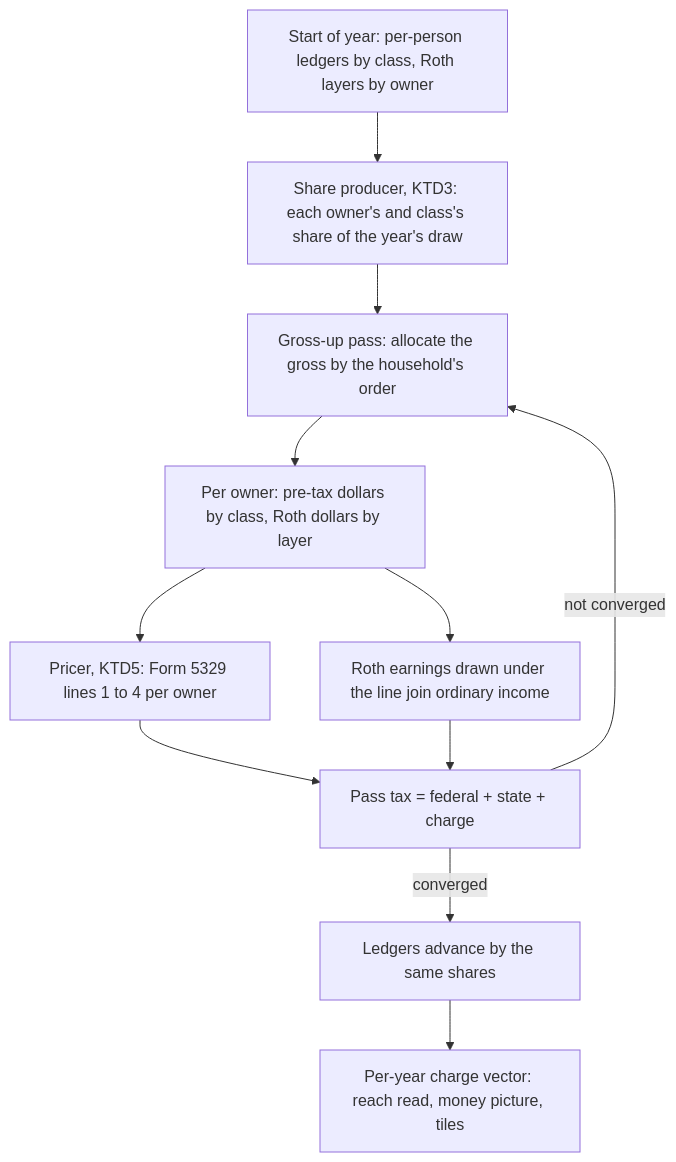
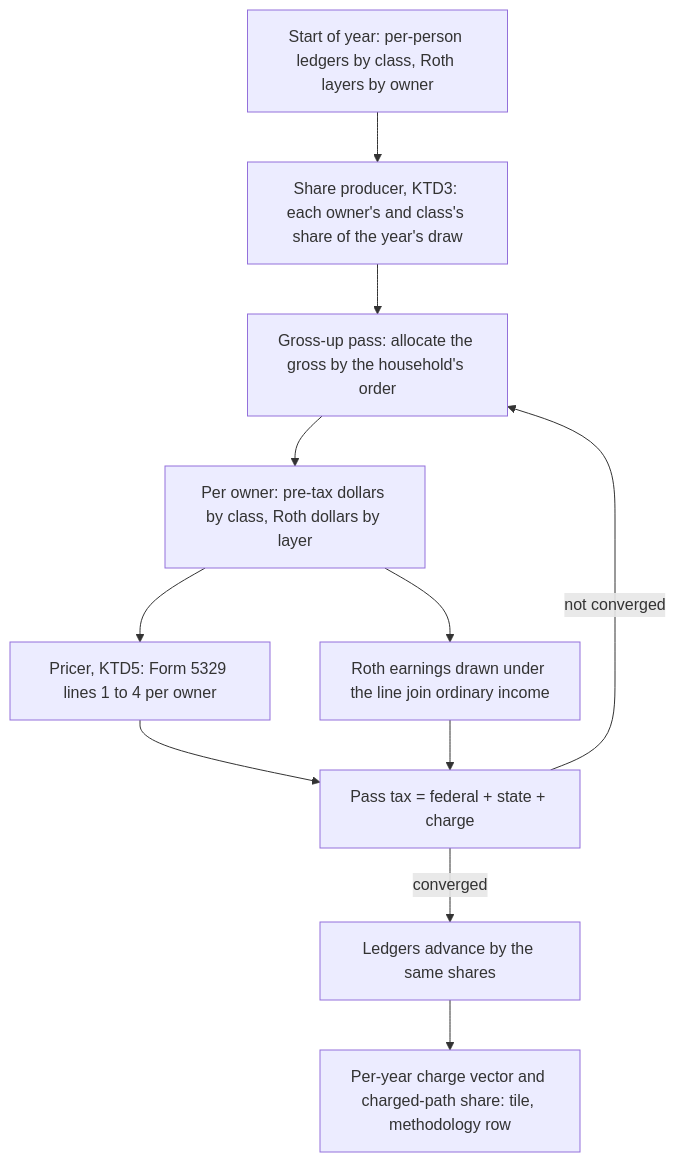
The diagram in projects/the-back-nine/docs/plans/features/early-withdrawal-charge-build-spec.md (mbriggsy/ai-learning-journey), drawn with Mermaid before and after one commit. The commit also changed other lines of this file, not shown here.

````diff
--- a/projects/the-back-nine/docs/plans/features/early-withdrawal-charge-build-spec.md
+++ b/projects/the-back-nine/docs/plans/features/early-withdrawal-charge-build-spec.md
@@ -156,13 +158,13 @@
 ```mermaid
 flowchart TD
   A[Start of year: per-person ledgers by class, Roth layers by owner] --> B[Share producer, KTD3: each owner's and class's share of the year's draw]
   B --> C[Gross-up pass: allocate the gross by the household's order]
   C --> D[Per owner: pre-tax dollars by class, Roth dollars by layer]
   D --> E[Pricer, KTD5: Form 5329 lines 1 to 4 per owner]
   D --> F[Roth earnings drawn under the line join ordinary income]
   E --> G[Pass tax = federal + state + charge]
   F --> G
   G -->|not converged| C
   G -->|converged| H[Ledgers advance by the same shares]
-  H --> I[Per-year charge vector: reach read, money picture, tiles]
+  H --> I[Per-year charge vector and charged-path share: tile, methodology row]
 ```
````
